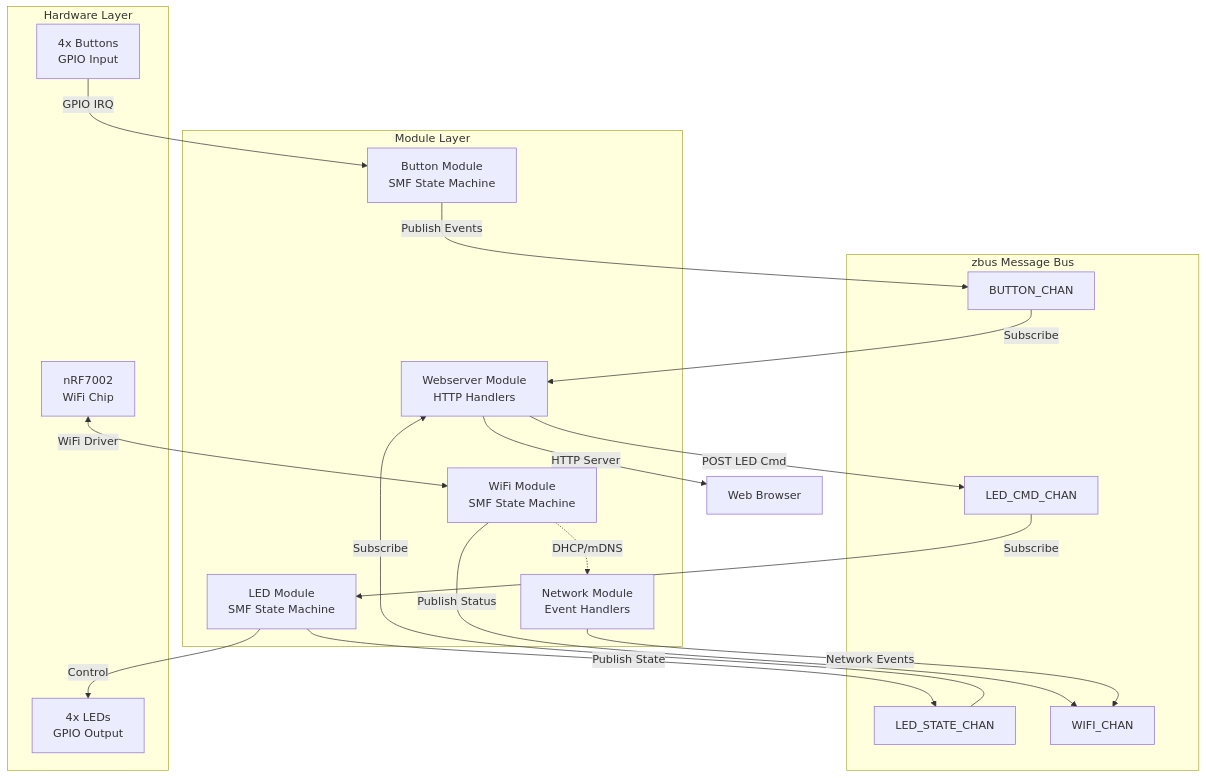
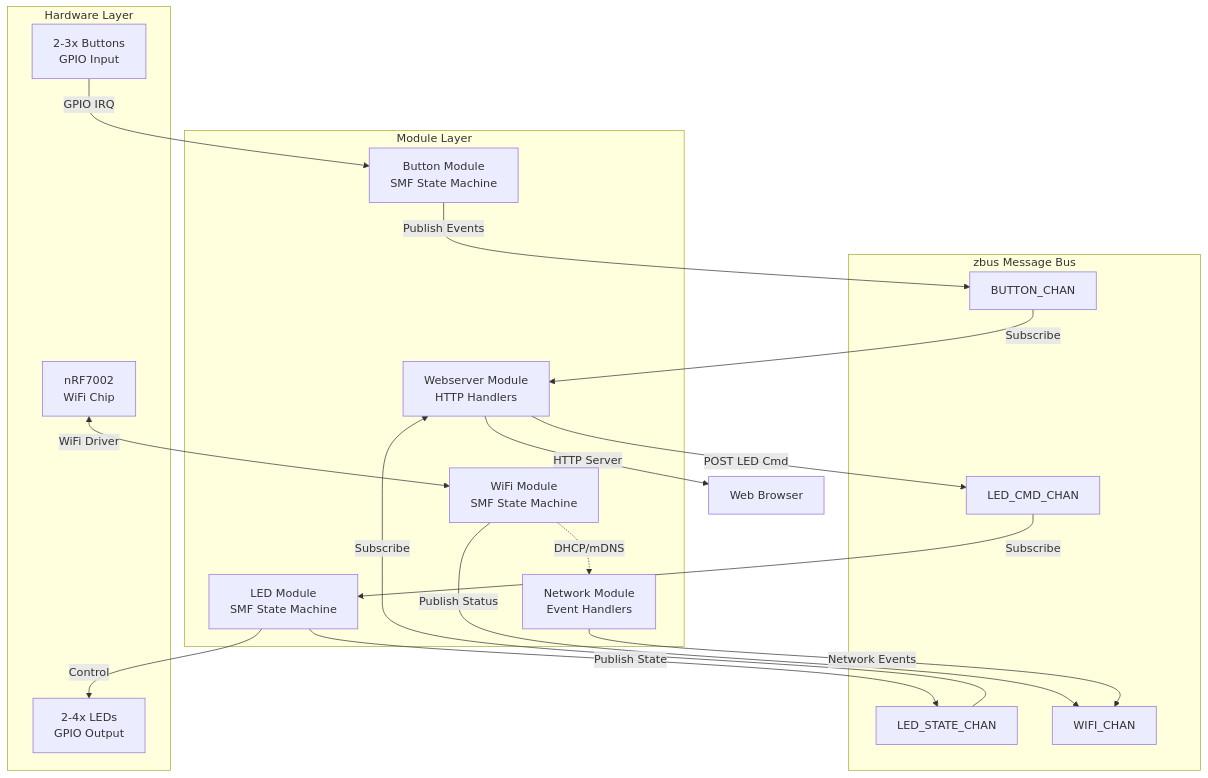
One commit to chshzh/nordic-wifi-softap-webserver changed the first of 7 diagrams in PRD.md. Above: the diagram before and after it, drawn with Mermaid. The commit also changed other lines of this file and 6 other files, not shown here.

````diff
--- a/PRD.md
+++ b/PRD.md
@@ -331,42 +333,42 @@
 ```mermaid
 graph TB
     subgraph "zbus Message Bus"
         BUTTON_CHAN[BUTTON_CHAN]
         LED_CMD[LED_CMD_CHAN]
         LED_STATE[LED_STATE_CHAN]
         WIFI_CHAN[WIFI_CHAN]
     end
     
     subgraph "Hardware Layer"
-        HW_BTN[4x Buttons<br/>GPIO Input]
-        HW_LED[4x LEDs<br/>GPIO Output]
+      HW_BTN[2-3x Buttons<br/>GPIO Input]
+      HW_LED[2-4x LEDs<br/>GPIO Output]
         HW_WIFI[nRF7002<br/>WiFi Chip]
     end
     
     subgraph "Module Layer"
         ButtonMod[Button Module<br/>SMF State Machine]
         LEDMod[LED Module<br/>SMF State Machine]
         WiFiMod[WiFi Module<br/>SMF State Machine]
         WebMod[Webserver Module<br/>HTTP Handlers]
         NetMod[Network Module<br/>Event Handlers]
     end
     
     HW_BTN -->|GPIO IRQ| ButtonMod
     ButtonMod -->|Publish Events| BUTTON_CHAN
     
     LED_CMD -->|Subscribe| LEDMod
     LEDMod -->|Publish State| LED_STATE
     LEDMod -->|Control| HW_LED
     
     WiFiMod -->|Publish Status| WIFI_CHAN
     HW_WIFI <-->|WiFi Driver| WiFiMod
     
     NetMod -->|Network Events| WIFI_CHAN
     
     BUTTON_CHAN -->|Subscribe| WebMod
     LED_STATE -->|Subscribe| WebMod
     WebMod -->|POST LED Cmd| LED_CMD
     WebMod -->|HTTP Server| Client[Web Browser]
     
     WiFiMod -.->|DHCP/mDNS| NetMod
 ```
````
